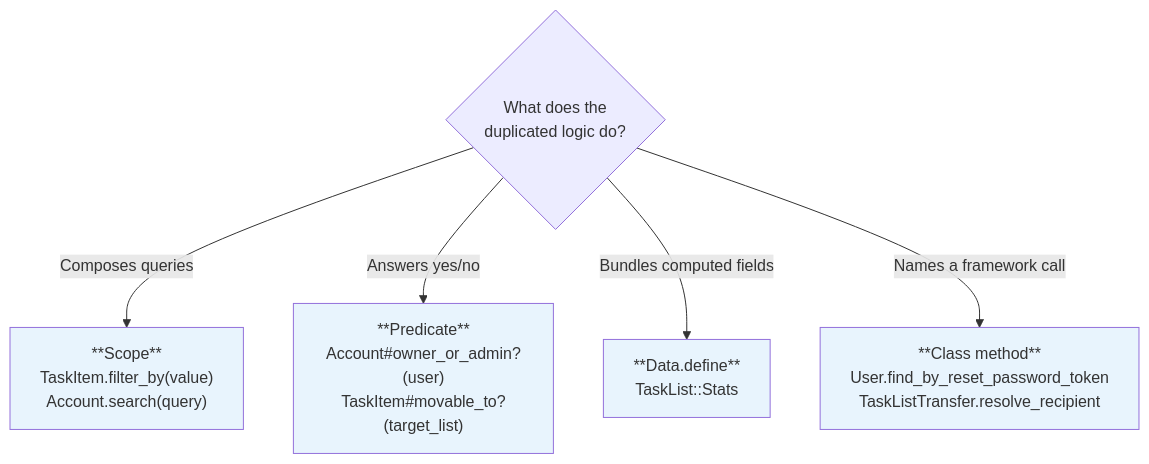
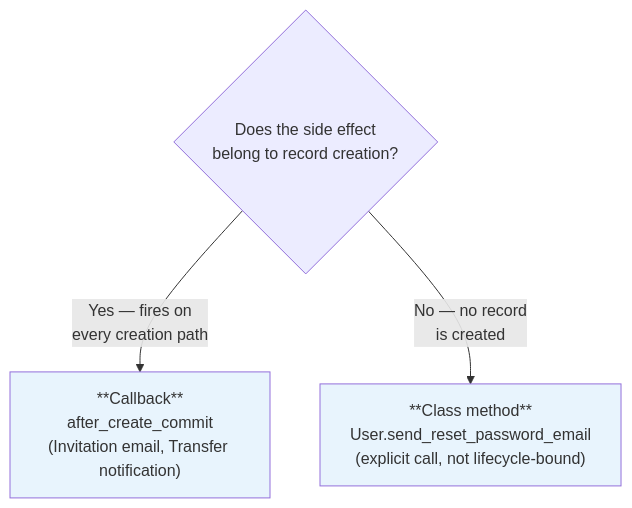
The first of 3 diagrams in README.md (railswhey/app), drawn with Mermaid before and after one commit. The commit also changed other lines of this file and 10 other files, not shown here.

````diff
--- a/README.md
+++ b/README.md
@@ -52,13 +53,9 @@
 ```mermaid
 flowchart TD
-  Q{"What does the<br/>duplicated logic do?"}
-  Q -->|"Composes queries"| S["**Scope**<br/>TaskItem.filter_by(value)<br/>Account.search(query)"]
-  Q -->|"Answers yes/no"| P["**Predicate**<br/>Account#owner_or_admin?(user)<br/>TaskItem#movable_to?(target_list)"]
-  Q -->|"Bundles computed fields"| V["**Data.define**<br/>TaskList::Stats"]
-  Q -->|"Names a framework call"| C["**Class method**<br/>User.find_by_reset_password_token<br/>TaskListTransfer.resolve_recipient"]
+  Q{"Does the side effect<br/>belong to record creation?"}
+  Q -->|"Yes — fires on<br/>every creation path"| CB["**Callback**<br/>after_create_commit<br/>(Invitation email, Transfer notification)"]
+  Q -->|"No — no record<br/>is created"| CM["**Class method**<br/>User.send_reset_password_email<br/>(explicit call, not lifecycle-bound)"]
 
-  style S fill:#e8f4fd
-  style P fill:#e8f4fd
-  style V fill:#e8f4fd
-  style C fill:#e8f4fd
+  style CB fill:#e8f4fd
+  style CM fill:#e8f4fd
 ```
````
